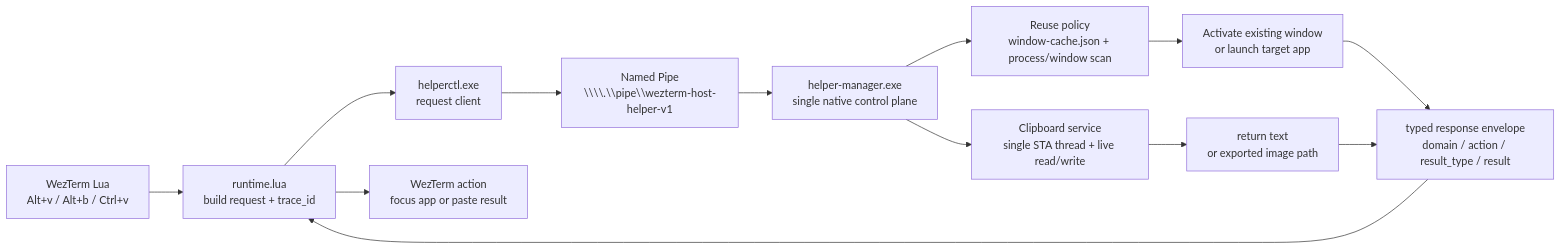
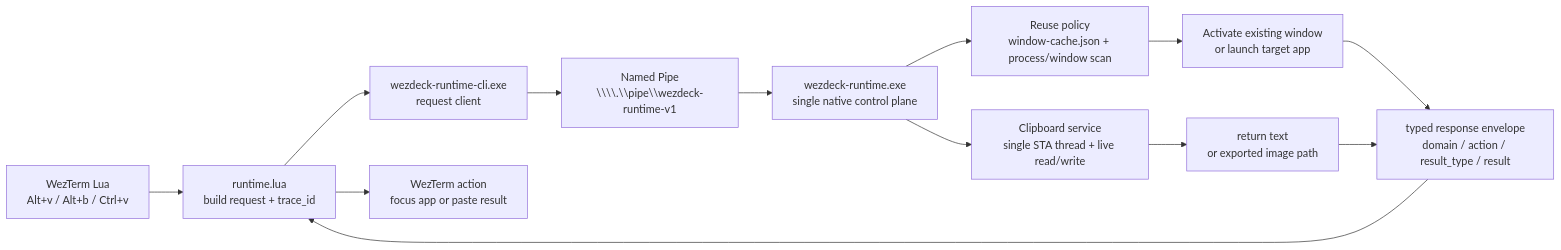
One commit to yunsii/wezdeck changed the third of 3 diagrams in docs/architecture.md. Above: the diagram before and after it, drawn with Mermaid. The commit also changed other lines of this file and 175 other files, not shown here.

Commit message:
feat(wezdeck): ship runtime console and AI Deck site

````diff
--- a/docs/architecture.md
+++ b/docs/architecture.md
@@ -318,15 +319,15 @@
 ```mermaid
 flowchart LR
   A["WezTerm Lua<br/>Alt+v / Alt+b / Ctrl+v"] --> B["runtime.lua<br/>build request + trace_id"]
-  B --> C["helperctl.exe<br/>request client"]
-  C --> D["Named Pipe<br/>\\\\.\\pipe\\wezterm-host-helper-v1"]
-  D --> E["helper-manager.exe<br/>single native control plane"]
+  B --> C["wezdeck-runtime-cli.exe<br/>request client"]
+  C --> D["Named Pipe<br/>\\\\.\\pipe\\wezdeck-runtime-v1"]
+  D --> E["wezdeck-runtime.exe<br/>single native control plane"]
   E --> F["Reuse policy<br/>window-cache.json + process/window scan"]
   E --> G["Clipboard service<br/>single STA thread + live read/write"]
   F --> H["Activate existing window<br/>or launch target app"]
   G --> I["return text<br/>or exported image path"]
   H --> J["typed response envelope<br/>domain / action / result_type / result"]
   I --> J
   J --> B
   B --> K["WezTerm action<br/>focus app or paste result"]
 ```
````
